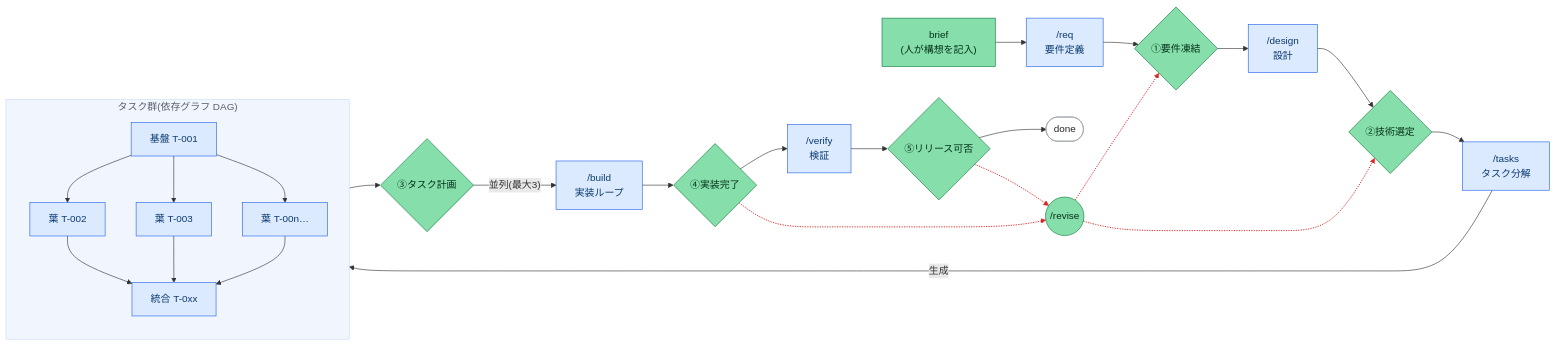
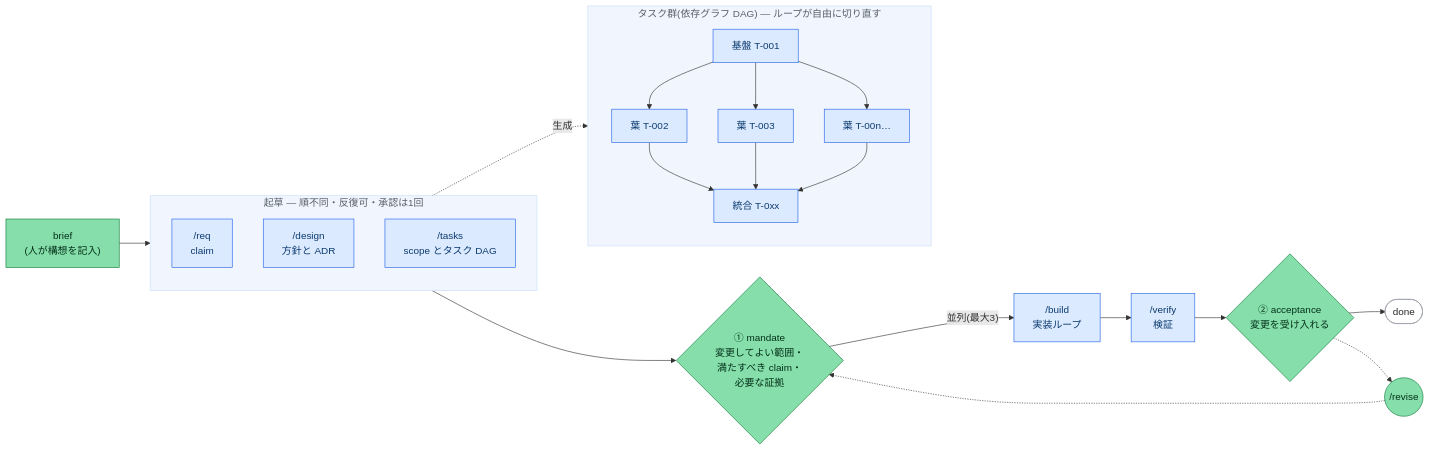
The diagram in README.ja.md (komoroko/loose-rein-kit), drawn with Mermaid before and after one commit. The commit also changed other lines of this file and 192 other files, not shown here.

````diff
--- a/README.ja.md
+++ b/README.ja.md
@@ -15,48 +17,47 @@
 ```mermaid
 flowchart LR
     brief["brief<br/>(人が構想を記入)"]:::human
-    req["/req<br/>要件定義"]:::agent
-    g1{"①要件凍結"}:::human
-    design["/design<br/>設計"]:::agent
-    g2{"②技術選定"}:::human
-    tasks["/tasks<br/>タスク分解"]:::agent
-    g3{"③タスク計画"}:::human
+
+    subgraph DRAFT["起草 — 順不同・反復可・承認は1回"]
+        direction TB
+        req["/req<br/>claim"]:::agent
+        design["/design<br/>方針と ADR"]:::agent
+        tasks["/tasks<br/>scope とタスク DAG"]:::agent
+    end
+
+    g1{"① mandate<br/>変更してよい範囲・<br/>満たすべき claim・<br/>必要な証拠"}:::human
     build["/build<br/>実装ループ"]:::agent
-    g4{"④実装完了"}:::human
     verify["/verify<br/>検証"]:::agent
-    g5{"⑤リリース可否"}:::human
+    g2{"② acceptance<br/>変更を受け入れる"}:::human
     done(["done"])
 
-    subgraph TASKS["タスク群(依存グラフ DAG)"]
+    subgraph TASKS["タスク群(依存グラフ DAG) — ループが自由に切り直す"]
         direction TB
         T1["基盤 T-001"]:::agent
         T2["葉 T-002"]:::agent
         T3["葉 T-003"]:::agent
         Tn["葉 T-00n…"]:::agent
         TI["統合 T-0xx"]:::agent
         T1 --> T2
         T1 --> T3
         T1 --> Tn
         T2 --> TI
         T3 --> TI
         Tn --> TI
     end
 
-    brief --> req --> g1 --> design --> g2 --> tasks
-    tasks -->|生成| T1
-    TI --> g3
-    g3 -->|"並列(最大3)"| build
-    build --> g4 --> verify --> g5 --> done
+    brief --> DRAFT --> g1
+    g1 -->|"並列(最大3)"| build
+    tasks -.->|生成| T1
+    build --> verify --> g2 --> done
 
     RV(("/revise")):::human
-    g4 -.-> RV
-    g5 -.-> RV
+    g2 -.-> RV
     RV -.-> g1
-    RV -.-> g2
 
     classDef agent fill:#dbeafe,stroke:#2563eb,color:#0b3a6f;
     classDef human fill:#86dfaa,stroke:#0f7a3d,color:#04301a;
+    style DRAFT fill:#f1f6fe,stroke:#c9ddf7,color:#57606a;
     style TASKS fill:#f1f6fe,stroke:#c9ddf7,color:#57606a;
     style done fill:#ffffff,stroke:#9aa0a6,color:#26282b;
-    linkStyle 18,19,20,21 stroke:#dc2626,color:#dc2626,stroke-width:1.5px;
 ```
````
